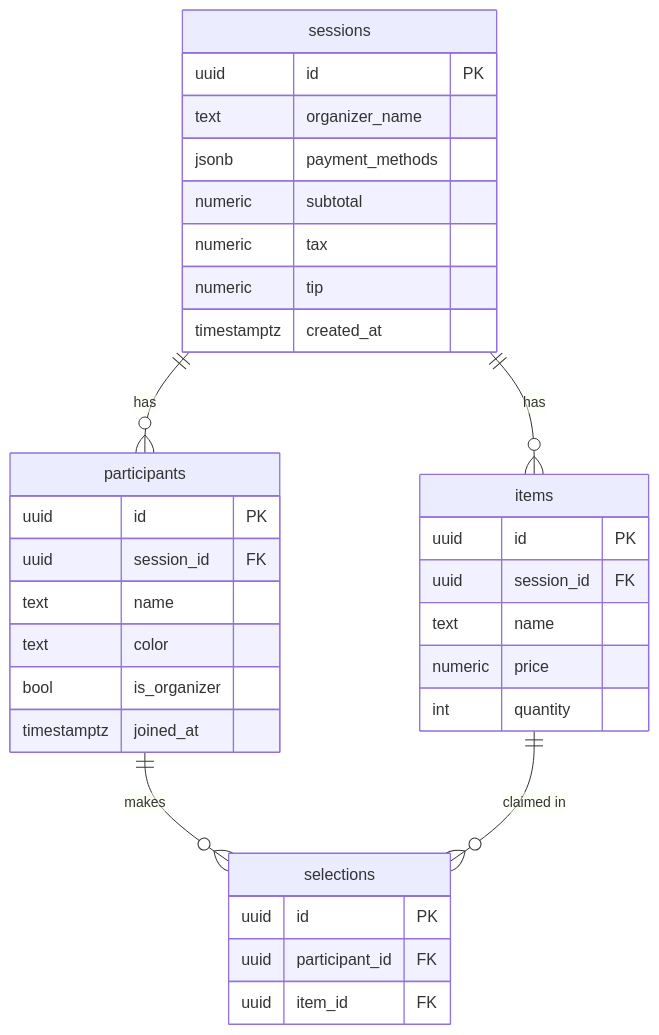
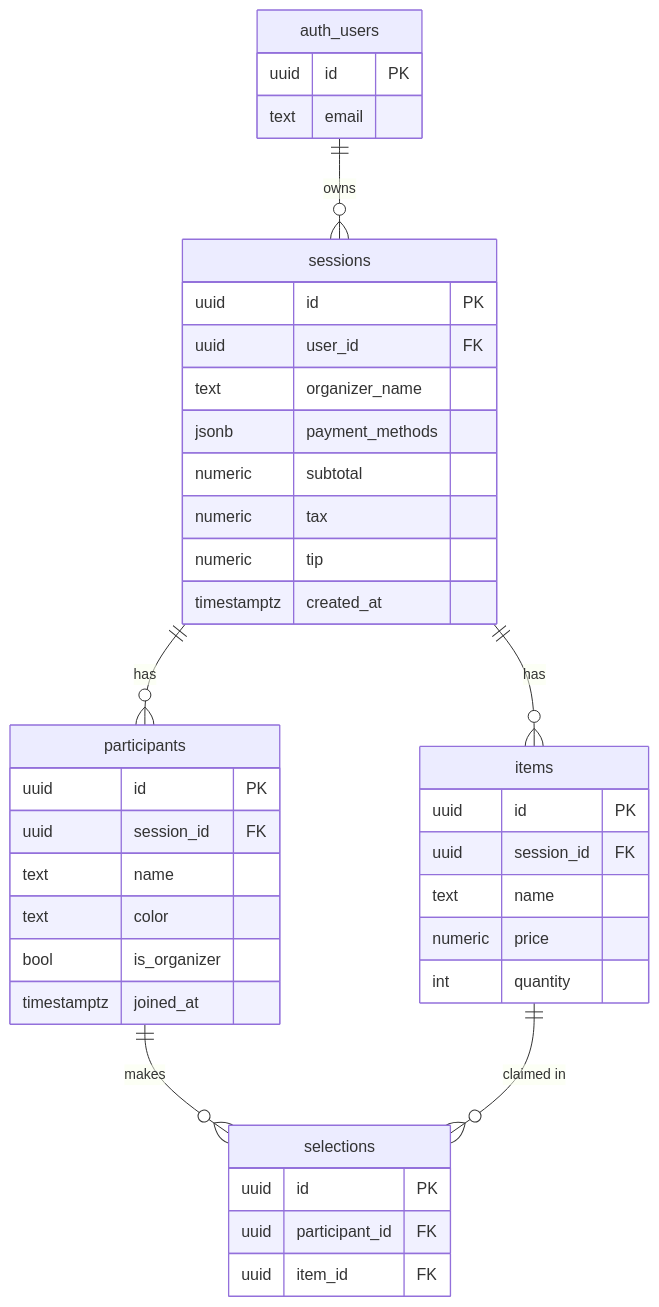
The third of 5 diagrams in README.md (seanjames0114/PayMe), drawn with Mermaid before and after one commit. The commit also changed other lines of this file and 14 other files, not shown here.

````diff
--- a/README.md
+++ b/README.md
@@ -68,37 +80,43 @@
 ```mermaid
 erDiagram
+    auth_users {
+        uuid id PK
+        text email
+    }
     sessions {
         uuid id PK
+        uuid user_id FK
         text organizer_name
         jsonb payment_methods
         numeric subtotal
         numeric tax
         numeric tip
         timestamptz created_at
     }
     items {
         uuid id PK
         uuid session_id FK
         text name
         numeric price
         int quantity
     }
     participants {
         uuid id PK
         uuid session_id FK
         text name
         text color
         bool is_organizer
         timestamptz joined_at
     }
     selections {
         uuid id PK
         uuid participant_id FK
         uuid item_id FK
     }
 
-    sessions ||--o{ items        : "has"
-    sessions ||--o{ participants : "has"
+    auth_users ||--o{ sessions     : "owns"
+    sessions   ||--o{ items        : "has"
+    sessions   ||--o{ participants : "has"
     participants ||--o{ selections : "makes"
     items        ||--o{ selections : "claimed in"
 ```
````
